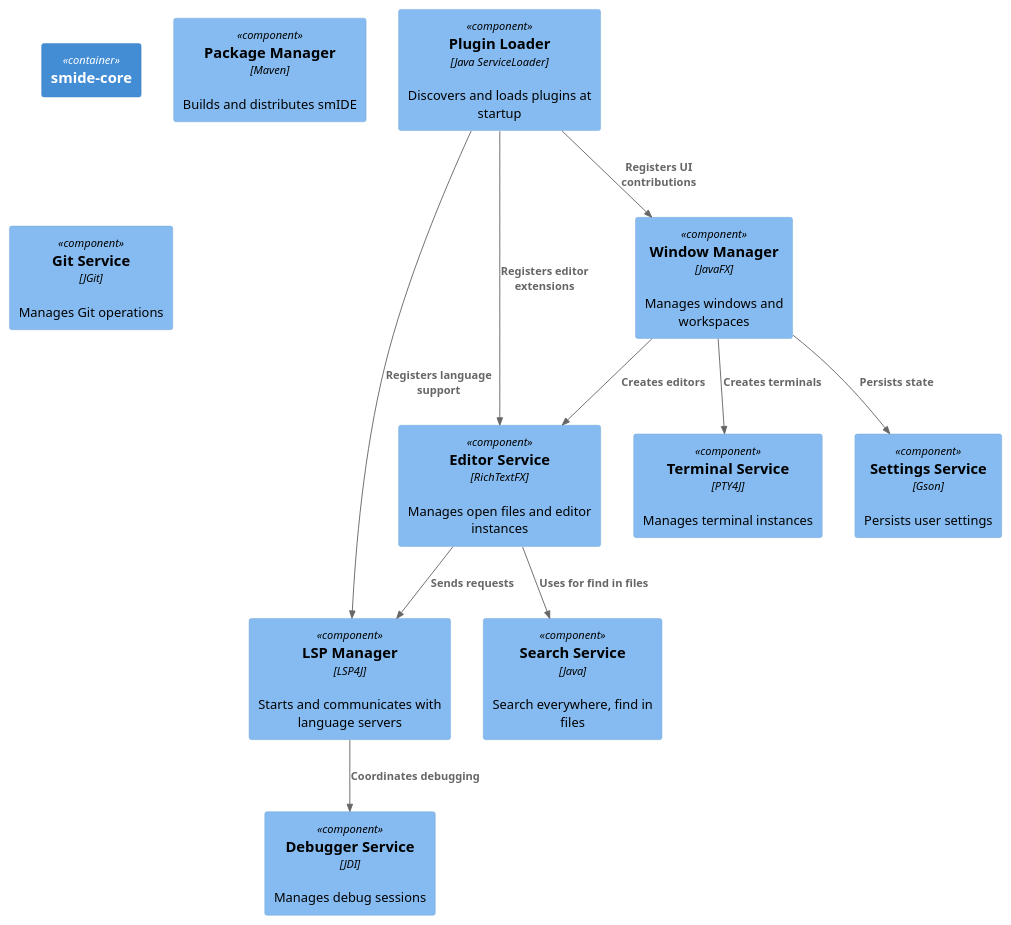
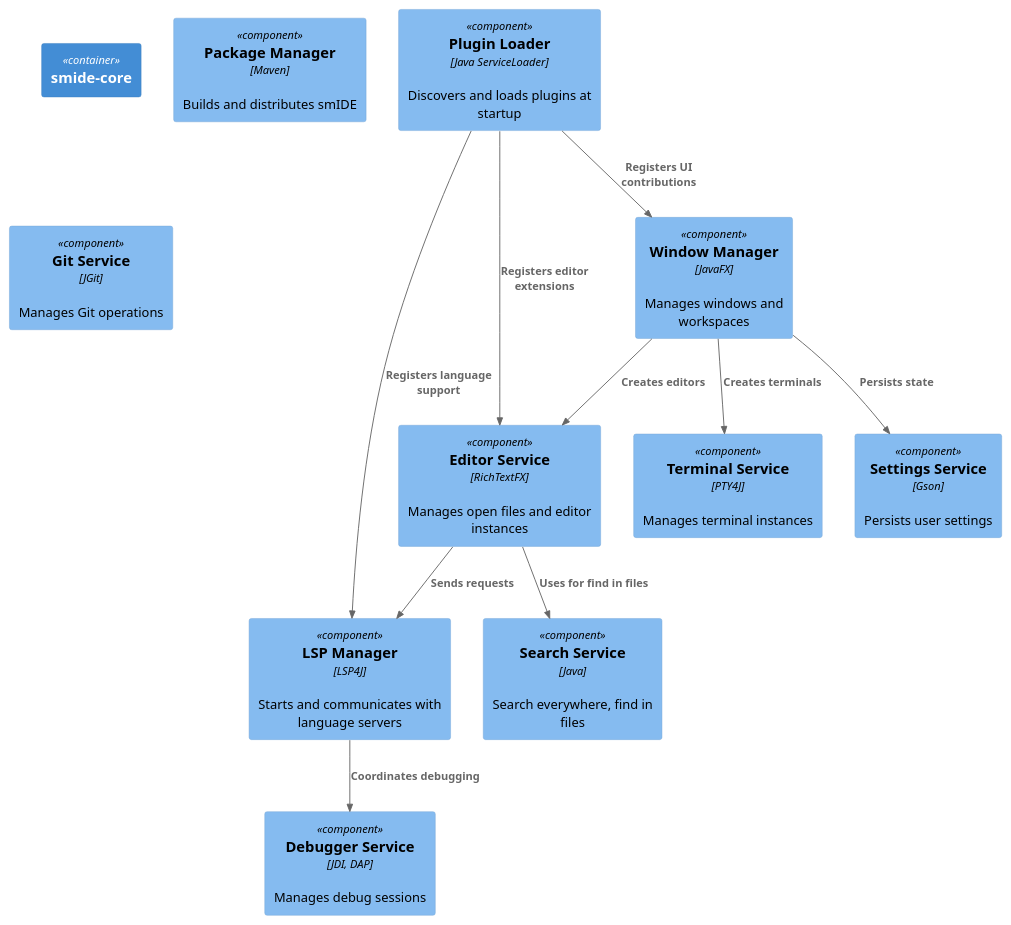
Before and after one commit to mainul35/smIDE: the third of 9 diagrams in docs/arc42.md, drawn with PlantUML. The commit also changed other lines of this file and 3 other files, not shown here.

````diff
--- a/docs/arc42.md
+++ b/docs/arc42.md
@@ -128,30 +130,30 @@
 ```plantuml
 @startuml C4_Component_Core
 
 !include <C4/C4_Component>
 
 Container(smide_core, "smide-core")
 
 Component(package_manager, "Package Manager", "Maven", "Builds and distributes smIDE")
 Component(plugin_loader, "Plugin Loader", "Java ServiceLoader", "Discovers and loads plugins at startup")
 Component(window_manager, "Window Manager", "JavaFX", "Manages windows and workspaces")
 Component(editor_service, "Editor Service", "RichTextFX", "Manages open files and editor instances")
 Component(lsp_manager, "LSP Manager", "LSP4J", "Starts and communicates with language servers")
-Component(debugger_service, "Debugger Service", "JDI", "Manages debug sessions")
+Component(debugger_service, "Debugger Service", "JDI, DAP", "Manages debug sessions")
 Component(terminal_service, "Terminal Service", "PTY4J", "Manages terminal instances")
 Component(git_service, "Git Service", "JGit", "Manages Git operations")
 Component(search_service, "Search Service", "Java", "Search everywhere, find in files")
 Component(settings_service, "Settings Service", "Gson", "Persists user settings")
 
 Rel(plugin_loader, window_manager, "Registers UI contributions")
 Rel(plugin_loader, editor_service, "Registers editor extensions")
 Rel(plugin_loader, lsp_manager, "Registers language support")
 Rel(window_manager, editor_service, "Creates editors")
 Rel(window_manager, terminal_service, "Creates terminals")
 Rel(editor_service, lsp_manager, "Sends requests")
 Rel(lsp_manager, debugger_service, "Coordinates debugging")
 Rel(editor_service, search_service, "Uses for find in files")
 Rel(window_manager, settings_service, "Persists state")
 
 @enduml
 ```
````
